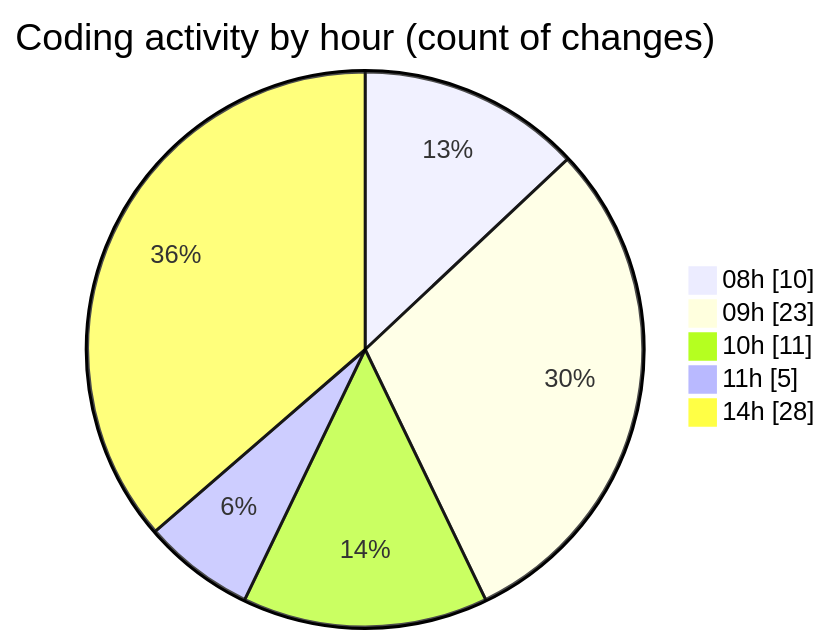
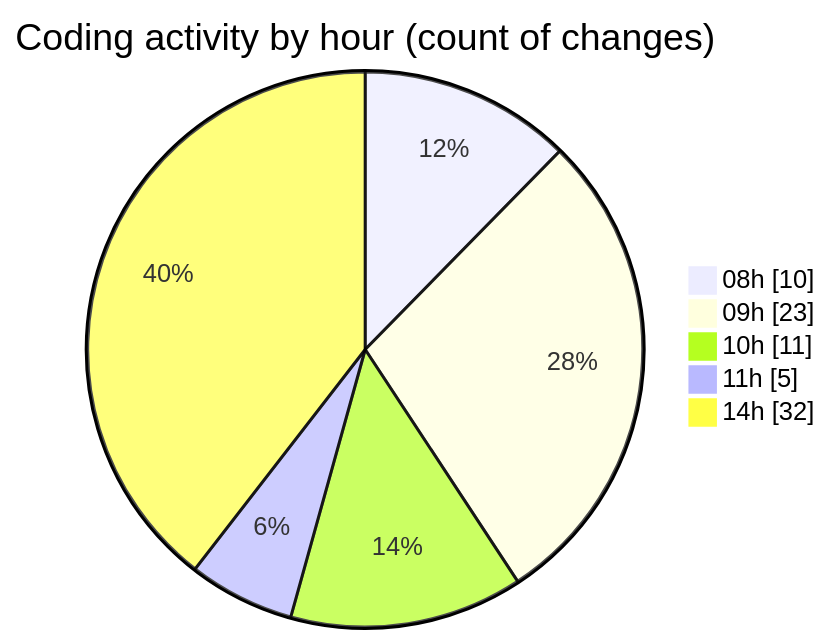
Before and after one commit to LanceThiago/code-tracking: the second of 2 diagrams in 2025-01-07/nueva_carpeta/README.md, drawn with Mermaid. The commit also changed other lines of this file and 1 other file, not shown here.

````diff
--- a/2025-01-07/nueva_carpeta/README.md
+++ b/2025-01-07/nueva_carpeta/README.md
@@ -28,9 +28,9 @@
 ```mermaid
 pie showData
 title Coding activity by hour (count of changes)
 "08h" : 10
 "09h" : 23
 "10h" : 11
 "11h" : 5
-"14h" : 28
+"14h" : 32
 ```
````
